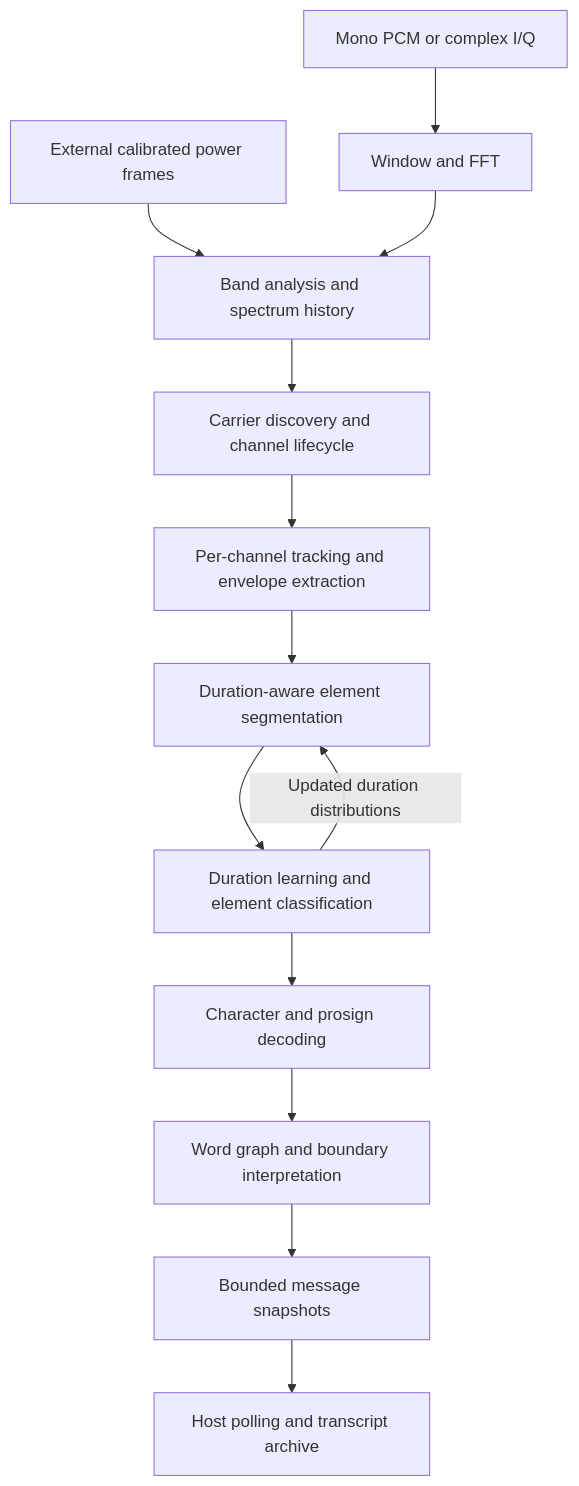
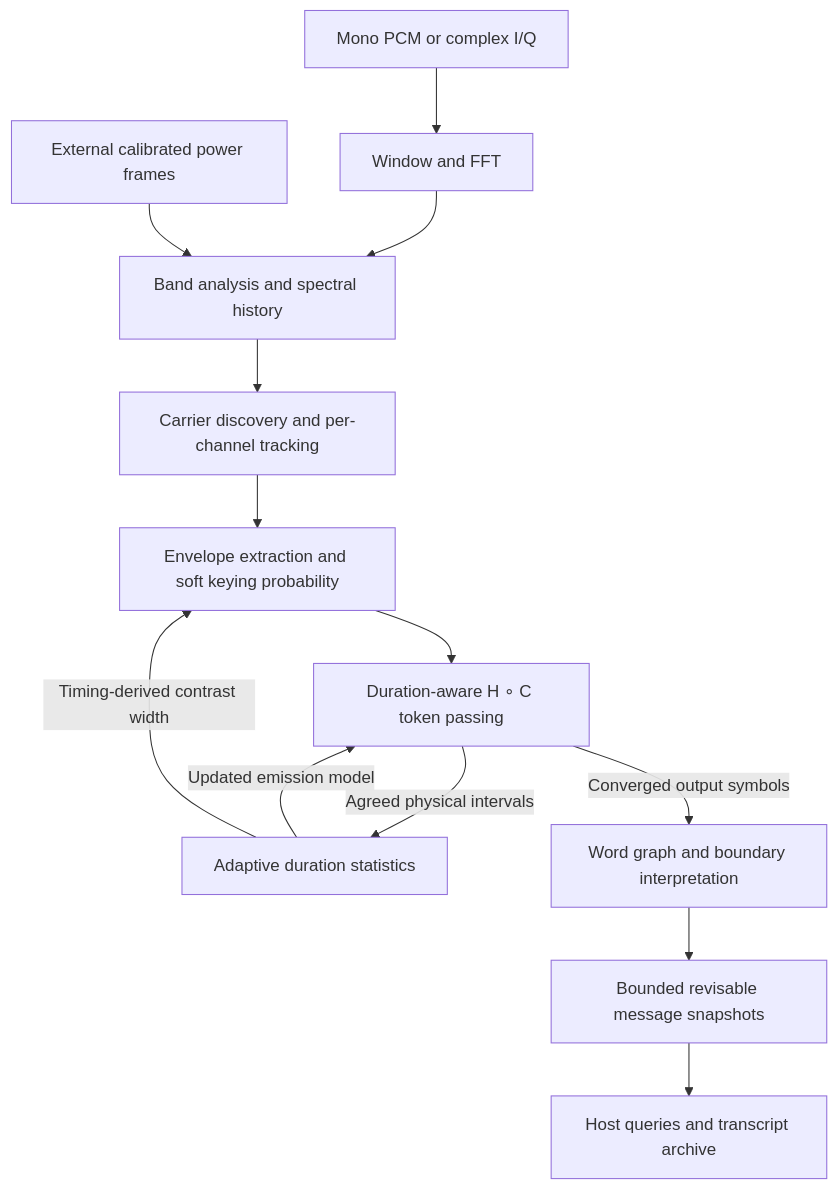
The diagram in docs/design.md (goodspeed34/libmorsedec), drawn with Mermaid before and after one commit. The commit also changed other lines of this file and 26 other files, not shown here.

````diff
--- a/docs/design.md
+++ b/docs/design.md
@@ -19,15 +21,15 @@
 ```mermaid
 flowchart TD
-    A[Mono PCM or complex I/Q] --> F[Window and FFT]
-    E[External calibrated power frames] --> B[Band analysis and spectrum history]
-    F --> B
-    B --> C[Carrier discovery and channel lifecycle]
-    C --> S[Per-channel tracking and envelope extraction]
-    S --> G[Duration-aware element segmentation]
-    G --> T[Duration learning and element classification]
-    T -->|Updated duration distributions| G
-    T --> H[Character and prosign decoding]
-    H --> W[Word graph and boundary interpretation]
-    W --> M[Bounded message snapshots]
-    M --> P[Host polling and transcript archive]
+    PCM[Mono PCM or complex I/Q] --> FFT[Window and FFT]
+    FFT --> BAND[Band analysis and spectral history]
+    EXT[External calibrated power frames] --> BAND
+    BAND --> TRACK[Carrier discovery and per-channel tracking]
+    TRACK --> SIGNAL[Envelope extraction and soft keying probability]
+    SIGNAL --> HC[Duration-aware H ∘ C token passing]
+    HC -->|Agreed physical intervals| STA[Adaptive duration statistics]
+    STA -->|Updated emission model| HC
+    STA -->|Timing-derived contrast width| SIGNAL
+    HC -->|Converged output symbols| WORD[Word graph and boundary interpretation]
+    WORD --> MSG[Bounded revisable message snapshots]
+    MSG --> HOST[Host queries and transcript archive]
 ```
````
